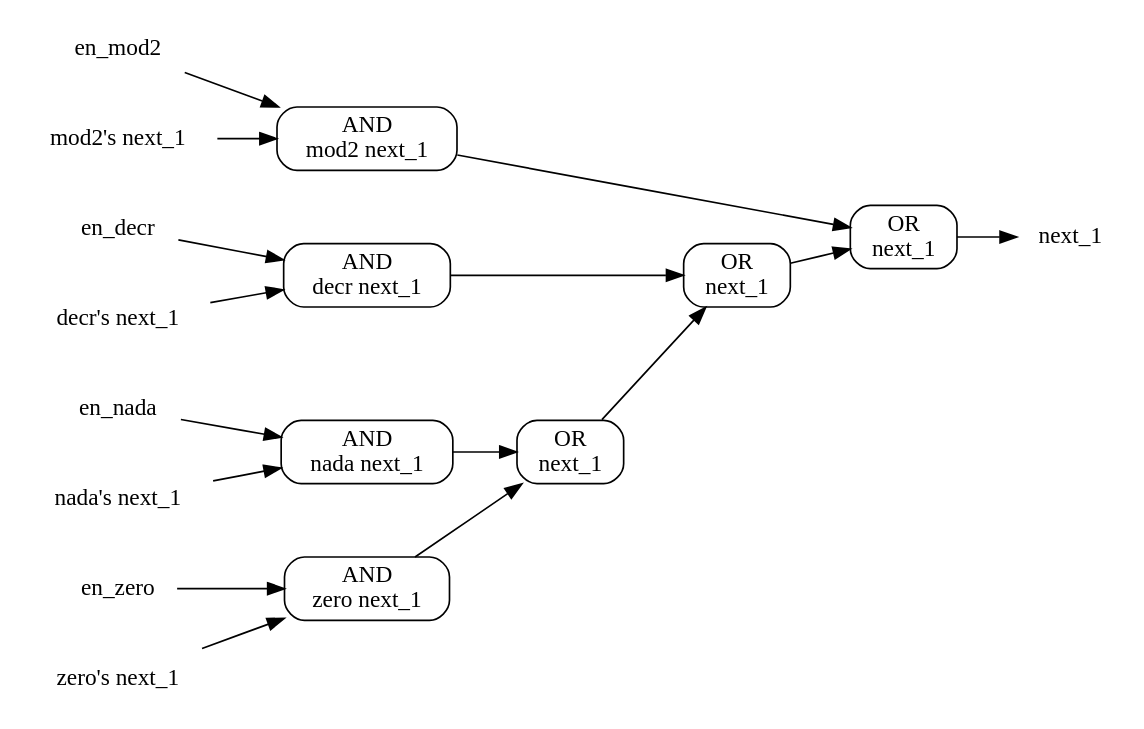
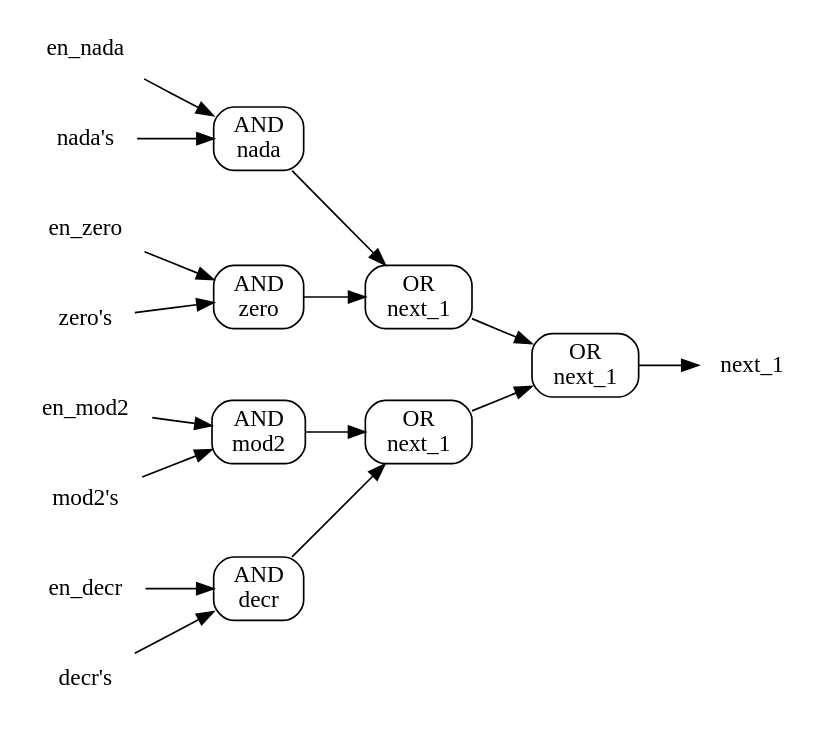
One commit to showell/cook-levin-riff changed the eighth of 16 diagrams in book/book.md. Above: the diagram before and after it, drawn with Graphviz. The commit also changed other lines of this file and 6 other files, not shown here.

````diff
--- a/book/book.md
+++ b/book/book.md
@@ -885,39 +886,39 @@
 ```dot
 digraph {
   rankdir=LR;
   node [shape=box, style=rounded];
   { rank=source; w2; w3; w4; w5; w6; w7; w8; w9; }
   w2 [shape=plaintext, label="en_nada"];
   w3 [shape=plaintext, label="en_zero"];
   w4 [shape=plaintext, label="en_decr"];
   w5 [shape=plaintext, label="en_mod2"];
-  w6 [shape=plaintext, label="nada's next_1"];
-  w7 [shape=plaintext, label="zero's next_1"];
-  w8 [shape=plaintext, label="decr's next_1"];
-  w9 [shape=plaintext, label="mod2's next_1"];
-  w10 [label="AND\nnada next_1"];
-  w11 [label="AND\nzero next_1"];
-  w12 [label="OR\nnext_1"];
-  w13 [label="AND\ndecr next_1"];
+  w6 [shape=plaintext, label="nada's"];
+  w7 [shape=plaintext, label="zero's"];
+  w8 [shape=plaintext, label="decr's"];
+  w9 [shape=plaintext, label="mod2's"];
+  w10 [label="AND\nnada"];
+  w11 [label="AND\nzero"];
+  w12 [label="AND\ndecr"];
+  w13 [label="AND\nmod2"];
   w14 [label="OR\nnext_1"];
-  w15 [label="AND\nmod2 next_1"];
+  w15 [label="OR\nnext_1"];
   w16 [label="OR\nnext_1"];
   { rank=sink; p0; }
   p0 [shape=plaintext, label="next_1"];
   w6 -> w10;
   w2 -> w10;
   w7 -> w11;
   w3 -> w11;
-  w10 -> w12;
-  w11 -> w12;
-  w8 -> w13;
-  w4 -> w13;
-  w12 -> w14;
-  w13 -> w14;
-  w9 -> w15;
-  w5 -> w15;
+  w8 -> w12;
+  w4 -> w12;
+  w9 -> w13;
+  w5 -> w13;
+  w10 -> w14;
+  w11 -> w14;
+  w12 -> w15;
+  w13 -> w15;
   w14 -> w16;
   w15 -> w16;
   w16 -> p0;
 }
 ```
````
